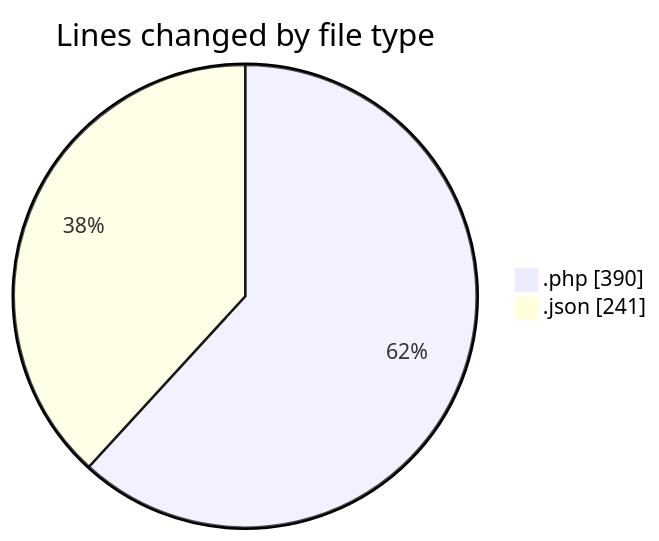
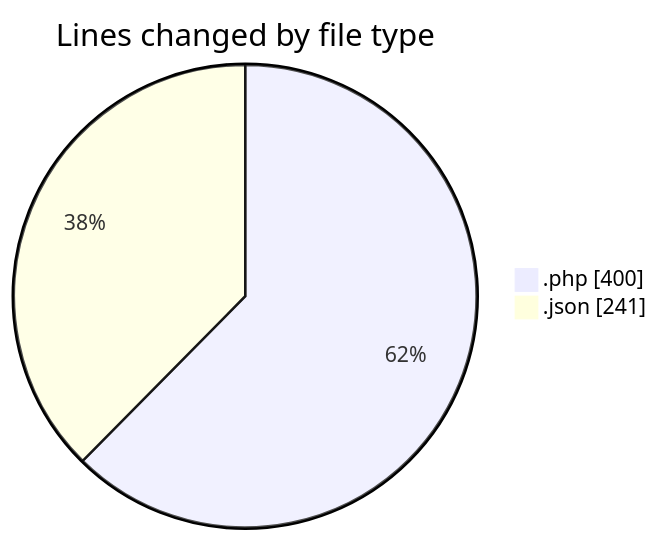
Before and after one commit to idhammustaqopulfikri/code-tracking: the first of 2 diagrams in 2025-03-29/autodidak/README.md, drawn with Mermaid. The commit also changed other lines of this file and 1 other file, not shown here.

````diff
--- a/2025-03-29/autodidak/README.md
+++ b/2025-03-29/autodidak/README.md
@@ -28,6 +28,6 @@
 ```mermaid
 pie showData
 title Lines changed by file type
-".php" : 390
+".php" : 400
 ".json" : 241
 ```
````
